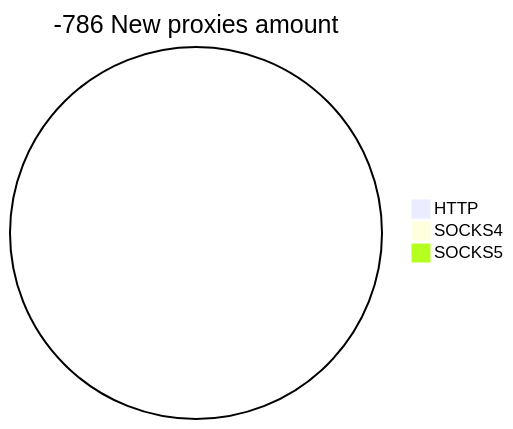
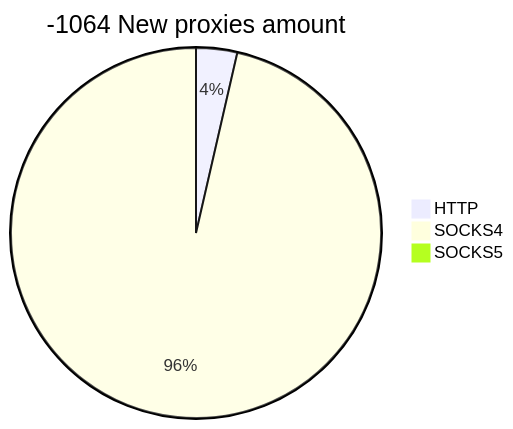
One commit to cutipu/proxylist changed the second of 2 diagrams in README.md. Above: the diagram before and after it, drawn with Mermaid. The commit also changed other lines of this file, not shown here.

````diff
--- a/README.md
+++ b/README.md
@@ -10,6 +10,6 @@
 ```mermaid
-pie title -786 New proxies amount
-    "HTTP" : 0
-    "SOCKS4" : 0
+pie title -1064 New proxies amount
+    "HTTP" : 25
+    "SOCKS4" : 672
     "SOCKS5" : 0
 ```
````
